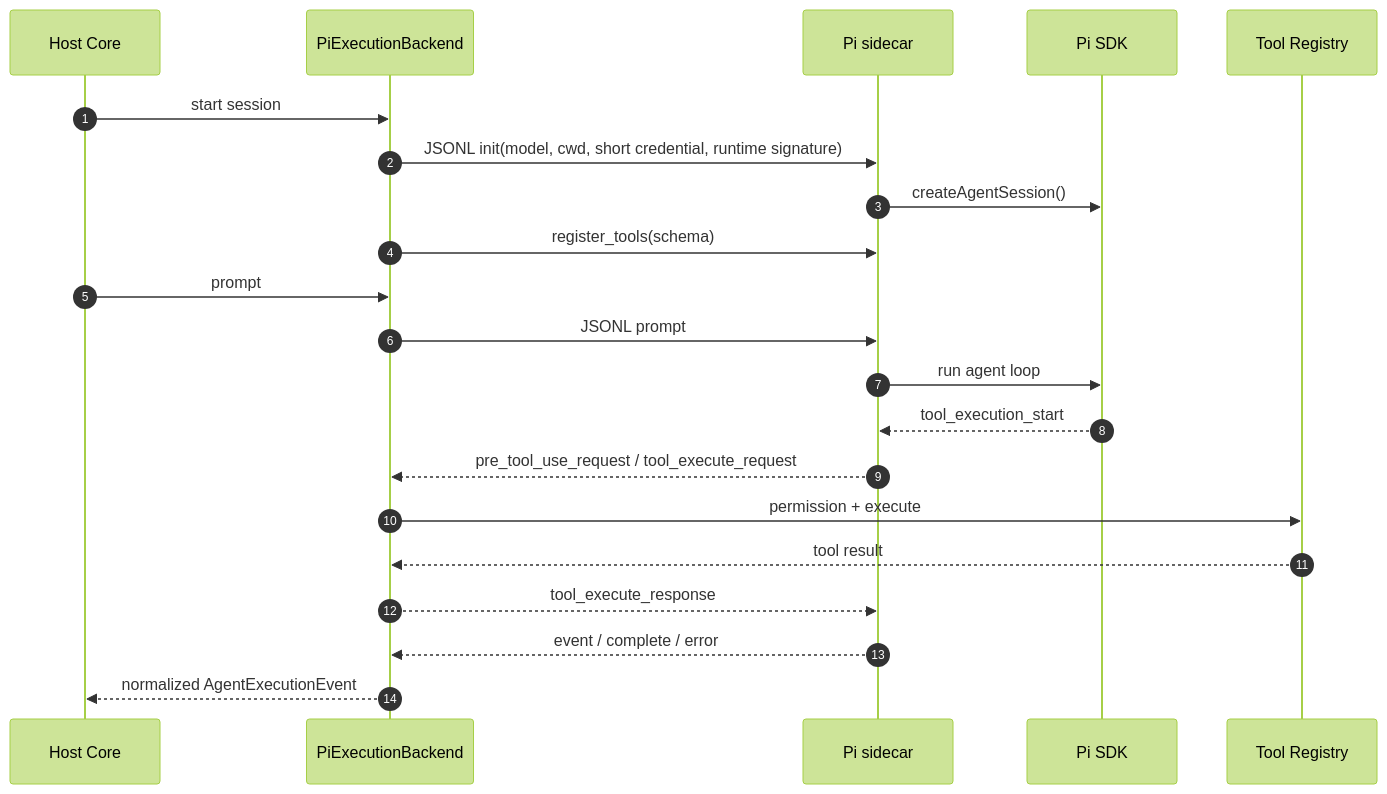
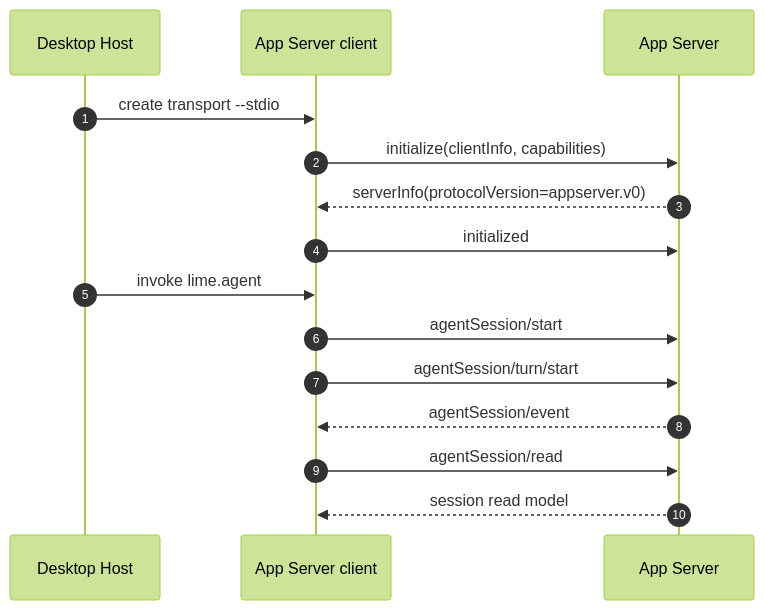
Before and after one commit to limecloud/lime-desktop-platform: diagram 20 of 20 in docs/v1/architecture-diagrams.md, drawn with Mermaid (forest theme). The commit also changed other lines of this file and 77 other files, not shown here.

````diff
--- a/docs/v1/architecture-diagrams.md
+++ b/docs/v1/architecture-diagrams.md
@@ -516,24 +513,18 @@
 ```mermaid
 sequenceDiagram
   autonumber
-  participant Core as Host Core
-  participant PiClient as PiExecutionBackend
-  participant Sidecar as Pi sidecar
-  participant SDK as Pi SDK
-  participant Tools as Tool Registry
+  participant Host as Desktop Host
+  participant Client as App Server client
+  participant Server as App Server
 
-  Core->>PiClient: start session
-  PiClient->>Sidecar: JSONL init(model, cwd, short credential, runtime signature)
-  Sidecar->>SDK: createAgentSession()
-  PiClient->>Sidecar: register_tools(schema)
-  Core->>PiClient: prompt
-  PiClient->>Sidecar: JSONL prompt
-  Sidecar->>SDK: run agent loop
-  SDK-->>Sidecar: tool_execution_start
-  Sidecar-->>PiClient: pre_tool_use_request / tool_execute_request
-  PiClient->>Tools: permission + execute
-  Tools-->>PiClient: tool result
-  PiClient-->>Sidecar: tool_execute_response
-  Sidecar-->>PiClient: event / complete / error
-  PiClient-->>Core: normalized AgentExecutionEvent
+  Host->>Client: create transport --stdio
+  Client->>Server: initialize(clientInfo, capabilities)
+  Server-->>Client: serverInfo(protocolVersion=appserver.v0)
+  Client->>Server: initialized
+  Host->>Client: invoke lime.agent
+  Client->>Server: agentSession/start
+  Client->>Server: agentSession/turn/start
+  Server-->>Client: agentSession/event
+  Client->>Server: agentSession/read
+  Server-->>Client: session read model
 ```
````
